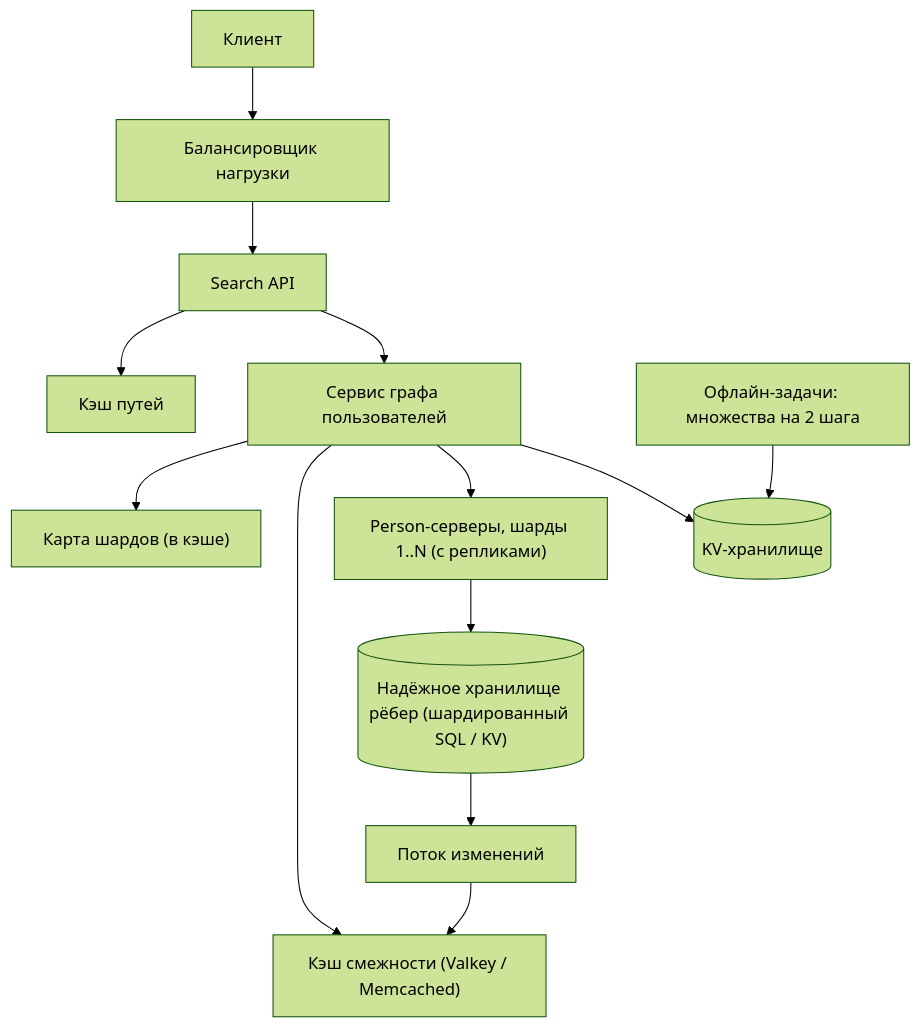
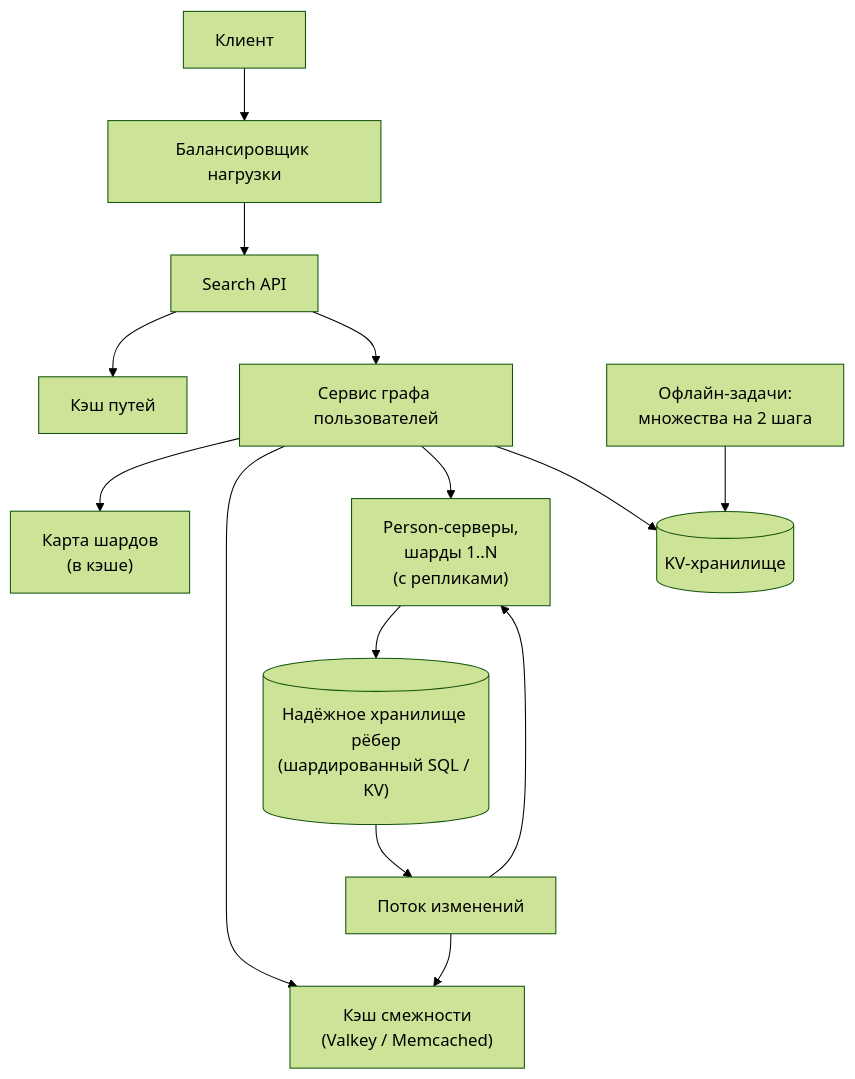
The second of 2 diagrams in src/content/docs/ru/practice/social-graph.mdx (butyavk/system-design), drawn with Mermaid (forest theme) before and after one commit. The commit also changed other lines of this file and 144 other files, not shown here.

````diff
--- a/src/content/docs/ru/practice/social-graph.mdx
+++ b/src/content/docs/ru/practice/social-graph.mdx
@@ -273,15 +273,16 @@
 ```mermaid
 flowchart TD
   client["Клиент"] --> lb["Балансировщик нагрузки"]
   lb --> search["Search API"]
   search --> pathcache["Кэш путей"]
   search --> ugs["Сервис графа пользователей"]
-  ugs --> dircache["Карта шардов (в кэше)"]
-  ugs --> cache["Кэш смежности (Valkey / Memcached)"]
-  ugs --> p1["Person-серверы, шарды 1..N (с репликами)"]
-  p1 --> store[("Надёжное хранилище рёбер (шардированный SQL / KV)")]
+  ugs --> dircache["Карта шардов<br/>(в кэше)"]
+  ugs --> cache["Кэш смежности<br/>(Valkey / Memcached)"]
+  ugs --> p1["Person-серверы,<br/>шарды 1..N<br/>(с репликами)"]
+  p1 --> store[("Надёжное хранилище рёбер<br/>(шардированный SQL / KV)")]
   store --> cdc["Поток изменений"]
   cdc --> cache
-  batch["Офлайн-задачи: множества на 2 шага"] --> kv[("KV-хранилище")]
+  cdc --> p1
+  batch["Офлайн-задачи:<br/>множества на 2 шага"] --> kv[("KV-хранилище")]
   ugs --> kv
 ```
````
